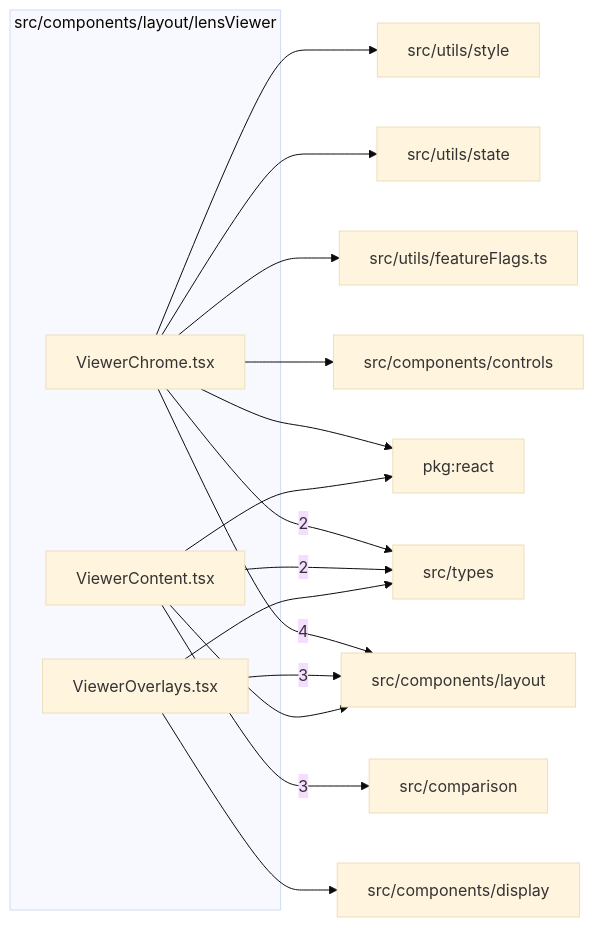
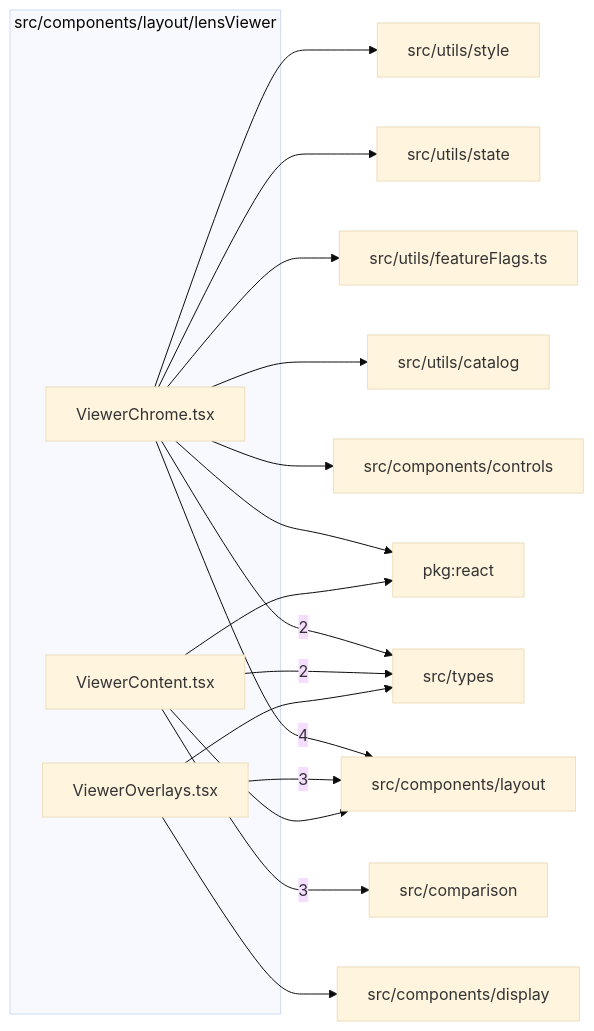
One commit to ronbuening/LensVisualizer changed the diagram in src/components/layout/lensViewer/readme.md. Above: the diagram before and after it, drawn with Mermaid (base theme). The commit also changed other lines of this file and 38 other files, not shown here.

````diff
--- a/src/components/layout/lensViewer/readme.md
+++ b/src/components/layout/lensViewer/readme.md
@@ -9,31 +9,33 @@
 ```mermaid
 flowchart LR
   subgraph n_src_components_layout_lensViewer["src/components/layout/lensViewer"]
     n_src_components_layout_lensViewer_src_components_layout_lensViewer_ViewerChrome_tsx["ViewerChrome.tsx"]
     n_src_components_layout_lensViewer_src_components_layout_lensViewer_ViewerContent_tsx["ViewerContent.tsx"]
     n_src_components_layout_lensViewer_src_components_layout_lensViewer_ViewerOverlays_tsx["ViewerOverlays.tsx"]
   end
   n_external_src_components_layout["src/components/layout"]
   n_external_src_comparison["src/comparison"]
   n_external_src_types["src/types"]
   n_external_pkg_react["pkg:react"]
   n_external_src_components_controls["src/components/controls"]
   n_external_src_components_display["src/components/display"]
+  n_external_src_utils_catalog["src/utils/catalog"]
   n_external_src_utils_featureFlags_ts["src/utils/featureFlags.ts"]
   n_external_src_utils_state["src/utils/state"]
   n_external_src_utils_style["src/utils/style"]
   n_src_components_layout_lensViewer_src_components_layout_lensViewer_ViewerChrome_tsx --> |4| n_external_src_components_layout
   n_src_components_layout_lensViewer_src_components_layout_lensViewer_ViewerContent_tsx --> |3| n_external_src_comparison
   n_src_components_layout_lensViewer_src_components_layout_lensViewer_ViewerOverlays_tsx --> |3| n_external_src_components_layout
   n_src_components_layout_lensViewer_src_components_layout_lensViewer_ViewerChrome_tsx --> |2| n_external_src_types
   n_src_components_layout_lensViewer_src_components_layout_lensViewer_ViewerContent_tsx --> |2| n_external_src_types
   n_src_components_layout_lensViewer_src_components_layout_lensViewer_ViewerChrome_tsx --> n_external_pkg_react
   n_src_components_layout_lensViewer_src_components_layout_lensViewer_ViewerContent_tsx --> n_external_pkg_react
   n_src_components_layout_lensViewer_src_components_layout_lensViewer_ViewerChrome_tsx --> n_external_src_components_controls
   n_src_components_layout_lensViewer_src_components_layout_lensViewer_ViewerOverlays_tsx --> n_external_src_components_display
   n_src_components_layout_lensViewer_src_components_layout_lensViewer_ViewerContent_tsx --> n_external_src_components_layout
   n_src_components_layout_lensViewer_src_components_layout_lensViewer_ViewerOverlays_tsx --> n_external_src_types
+  n_src_components_layout_lensViewer_src_components_layout_lensViewer_ViewerChrome_tsx --> n_external_src_utils_catalog
   n_src_components_layout_lensViewer_src_components_layout_lensViewer_ViewerChrome_tsx --> n_external_src_utils_featureFlags_ts
   n_src_components_layout_lensViewer_src_components_layout_lensViewer_ViewerChrome_tsx --> n_external_src_utils_state
   n_src_components_layout_lensViewer_src_components_layout_lensViewer_ViewerChrome_tsx --> n_external_src_utils_style
 ```
````
